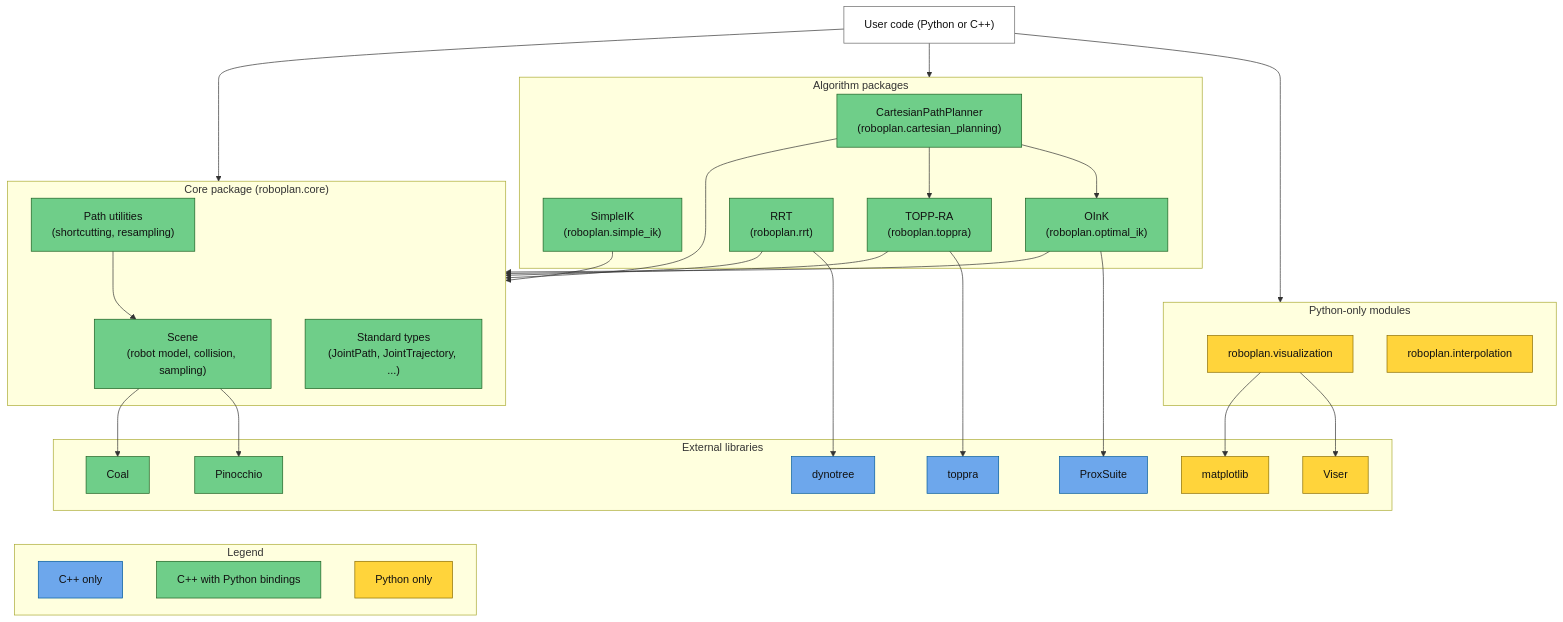
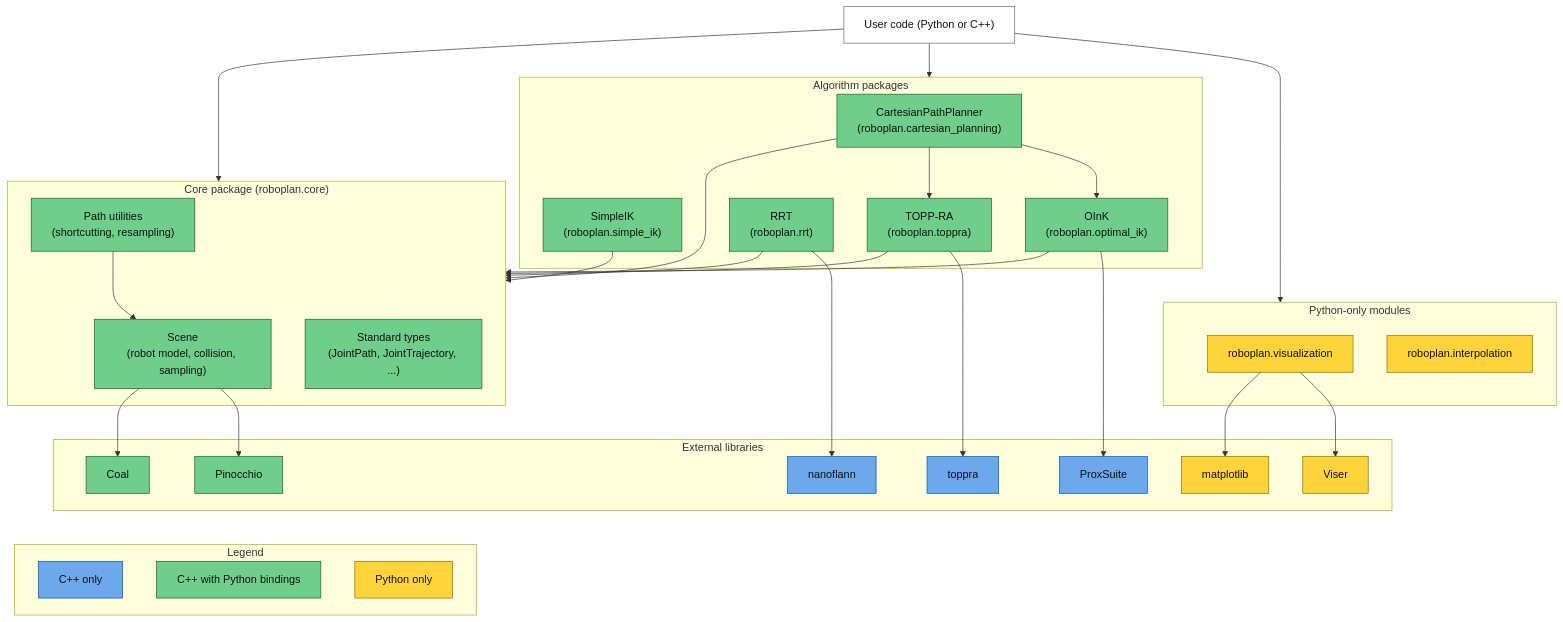
The diagram in docs/source/design/architecture.rst (ros2-gbp/roboplan-release), drawn with Mermaid before and after one commit. The commit also changed other lines of this file and 218 other files, not shown here.

```diff
--- a/docs/source/design/architecture.rst
+++ b/docs/source/design/architecture.rst
@@ -10,72 +10,72 @@
 .. mermaid::
 
    flowchart TD
        USER["User code (Python or C++)"]
 
        subgraph PYONLY["Python-only modules"]
            VIZ["roboplan.visualization"]
            INTERP["roboplan.interpolation"]
        end
 
        subgraph ALGOS["Algorithm packages"]
            CART["CartesianPathPlanner<br/>(roboplan.cartesian_planning)"]
            SINK["SimpleIK<br/>(roboplan.simple_ik)"]
            OINK["OInK<br/>(roboplan.optimal_ik)"]
            RRT["RRT<br/>(roboplan.rrt)"]
            TOPPRA["TOPP-RA<br/>(roboplan.toppra)"]
        end
 
        subgraph CORE["Core package (roboplan.core)"]
            SCENE["Scene<br/>(robot model, collision, sampling)"]
            TYPES["Standard types<br/>(JointPath, JointTrajectory, ...)"]
            SHORT["Path utilities<br/>(shortcutting, resampling)"]
        end
 
        subgraph EXT["External libraries"]
            PIN["Pinocchio"]
            COAL["Coal"]
            PROXSUITE["ProxSuite"]
            TOPPRALIB["toppra"]
-           DYNO["dynotree"]
+           NANOFLANN["nanoflann"]
            VISER["Viser"]
            MPL["matplotlib"]
        end
 
        USER --> PYONLY
        USER --> ALGOS
        USER --> CORE
 
        CART --> OINK
        CART --> TOPPRA
        SINK --> CORE
        OINK --> CORE
        RRT --> CORE
        TOPPRA --> CORE
        CART --> CORE
        SHORT --> SCENE
 
        OINK --> PROXSUITE
-       RRT --> DYNO
+       RRT --> NANOFLANN
        TOPPRA --> TOPPRALIB
        SCENE --> PIN
        SCENE --> COAL
        VIZ --> VISER
        VIZ --> MPL
 
        subgraph LEGEND["Legend"]
            LCPP["C++ only"]
            LBOTH["C++ with Python bindings"]
            LPY["Python only"]
        end
 
        EXT ~~~ LPY & LBOTH & LCPP
 
        classDef cpp fill:#6da7ec,stroke:#00599c,color:#111111
        classDef python fill:#ffd43b,stroke:#8a6d00,color:#111111
        classDef both fill:#6fce89,stroke:#1b5e20,color:#111111
        classDef neutral fill:#ffffff,stroke:#666666,color:#111111
 
-       class LCPP,PROXSUITE,TOPPRALIB,DYNO cpp
+       class LCPP,PROXSUITE,TOPPRALIB,NANOFLANN cpp
        class LPY,VIZ,INTERP,VISER,MPL python
        class LBOTH,CART,SINK,OINK,RRT,TOPPRA,SCENE,TYPES,SHORT,PIN,COAL both
        class USER neutral
```
